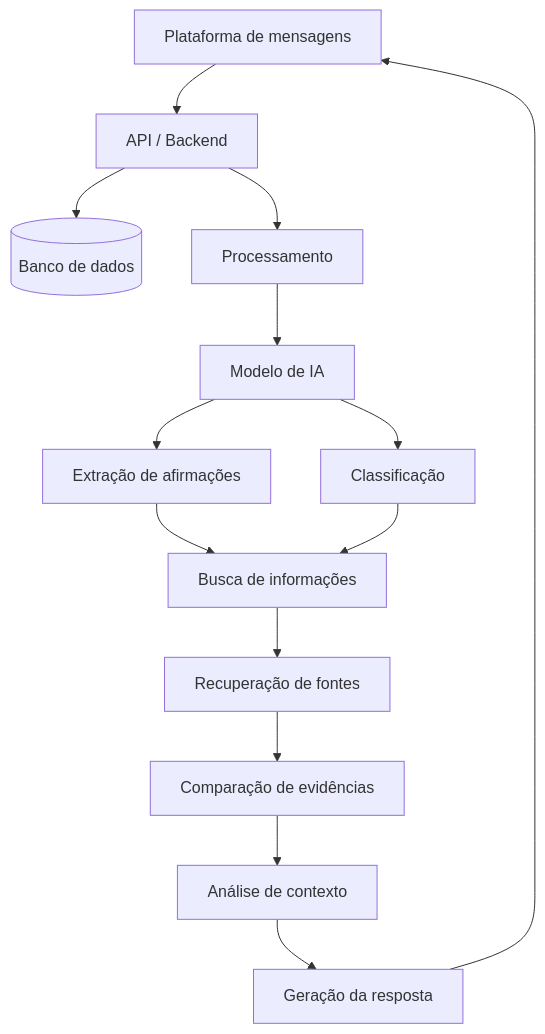
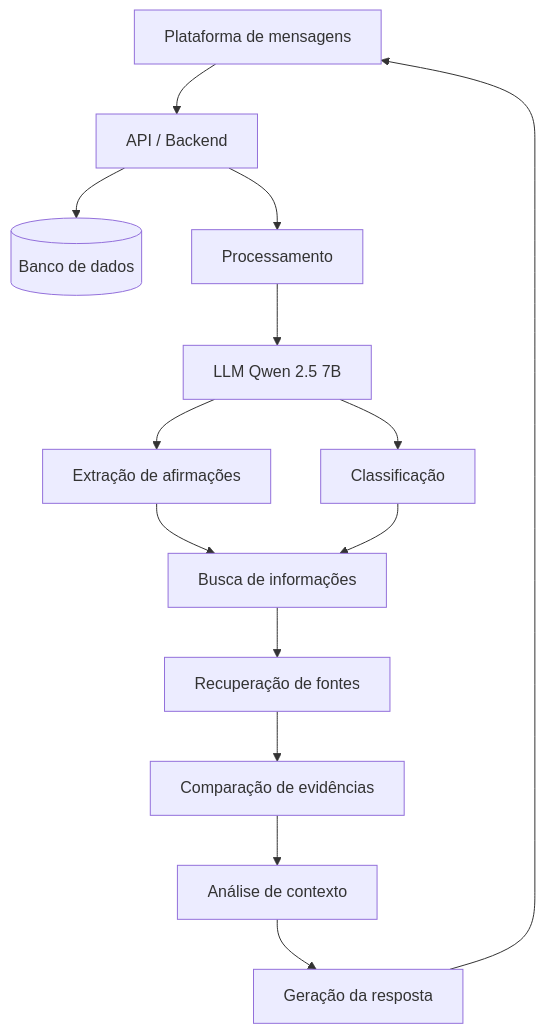
The first of 2 diagrams in docs/arquitetura.md (Challenge-1-Residencia-IA/Documentacao), drawn with Mermaid before and after one commit. The commit also changed other lines of this file and 20 other files, not shown here.

````diff
--- a/docs/arquitetura.md
+++ b/docs/arquitetura.md
@@ -39,16 +39,16 @@
 ```mermaid
 flowchart TD
     TG[Plataforma de mensagens] --> API[API / Backend]
     API --> DB[(Banco de dados)]
     API --> PROC[Processamento]
-    PROC --> MODELO[Modelo de IA]
+    PROC --> MODELO[LLM Qwen 2.5 7B]
     MODELO --> EXTRACAO[Extração de afirmações]
     MODELO --> CLASSIF[Classificação]
     EXTRACAO --> BUSCA[Busca de informações]
     CLASSIF --> BUSCA
     BUSCA --> RECUP[Recuperação de fontes]
     RECUP --> COMP[Comparação de evidências]
     COMP --> CTX[Análise de contexto]
     CTX --> RESP[Geração da resposta]
     RESP --> TG
 ```
````
